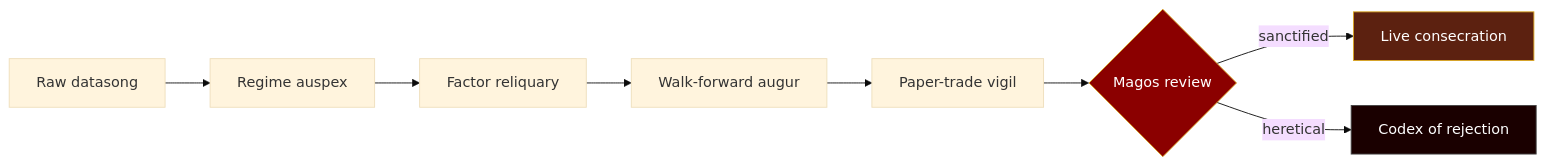
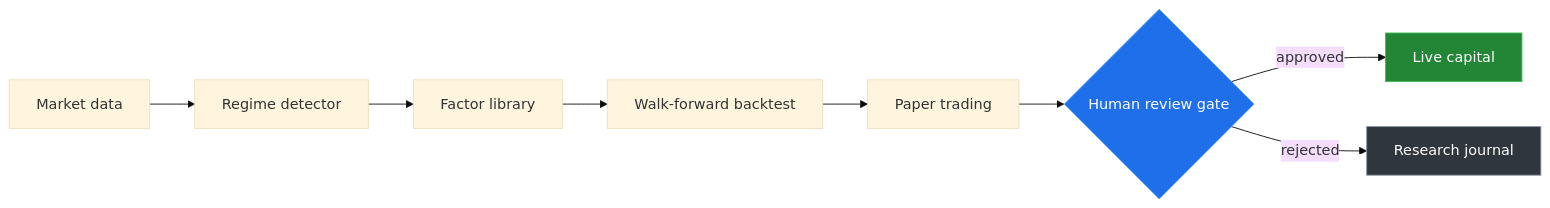
Before and after one commit to ShellPayant/ShellPayant: the diagram in README.md, drawn with Mermaid (base theme). The commit also changed other lines of this file, not shown here.

````diff
--- a/README.md
+++ b/README.md
@@ -54,14 +46,14 @@
 ```mermaid
 flowchart LR
-    A[Raw datasong] --> B[Regime auspex]
-    B --> C[Factor reliquary]
-    C --> D[Walk-forward augur]
-    D --> E[Paper-trade vigil]
-    E --> F{Magos review}
-    F -->|sanctified| G[Live consecration]
-    F -->|heretical| H[Codex of rejection]
+    A[Market data] --> B[Regime detector]
+    B --> C[Factor library]
+    C --> D[Walk-forward backtest]
+    D --> E[Paper trading]
+    E --> F{Human review gate}
+    F -->|approved| G[Live capital]
+    F -->|rejected| H[Research journal]
 
-    style F fill:#8B0000,color:#fff,stroke:#DAA520
-    style G fill:#5C2110,color:#fff,stroke:#DAA520
-    style H fill:#1a0000,color:#fff,stroke:#444
+    style F fill:#1F6FEB,color:#fff,stroke:#58A6FF
+    style G fill:#238636,color:#fff,stroke:#3FB950
+    style H fill:#30363D,color:#fff,stroke:#8B949E
 ```
````
